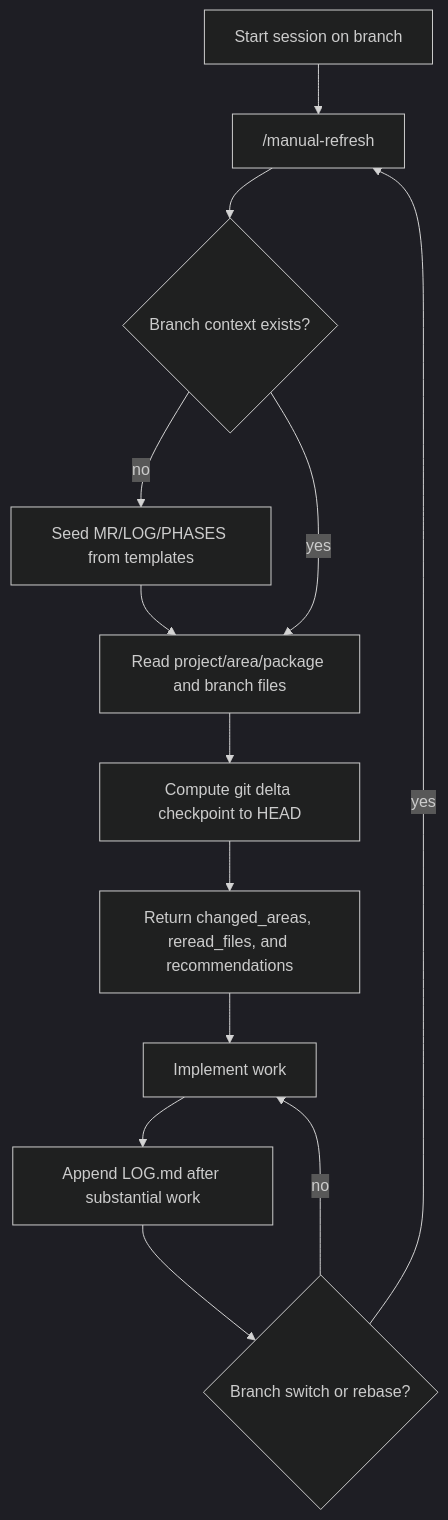
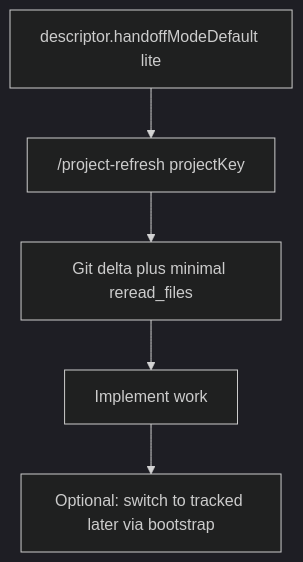
The second of 2 diagrams in README.md (palaeologic/opencode-conductor), drawn with Mermaid (dark theme) before and after one commit. The commit also changed other lines of this file and 19 other files, not shown here.

First line of the commit message:
Handoff kit v2: lite mode, MR.md, richer refresh, lifecycle commands

````diff
--- a/README.md
+++ b/README.md
@@ -100,15 +60,7 @@
 ```mermaid
 flowchart TD
-  A["Start session on branch"] --> B["/manual-refresh <projectKey>"]
-  B --> C{"Branch context exists?"}
-  C -- no --> D["Seed MR/LOG/PHASES from templates"]
-  C -- yes --> E["Read project/area/package and branch files"]
-  D --> E
-  E --> F["Compute git delta checkpoint to HEAD"]
-  F --> G["Return changed_areas, reread_files, and recommendations"]
-  G --> H["Implement work"]
-  H --> I["Append LOG.md after substantial work"]
-  I --> J{"Branch switch or rebase?"}
-  J -- yes --> B
-  J -- no --> H
+  L1["descriptor.handoffModeDefault lite"] --> L2["/project-refresh projectKey"]
+  L2 --> L3["Git delta plus minimal reread_files"]
+  L3 --> L4["Implement work"]
+  L4 --> L5["Optional: switch to tracked later via bootstrap"]
 ```
````
